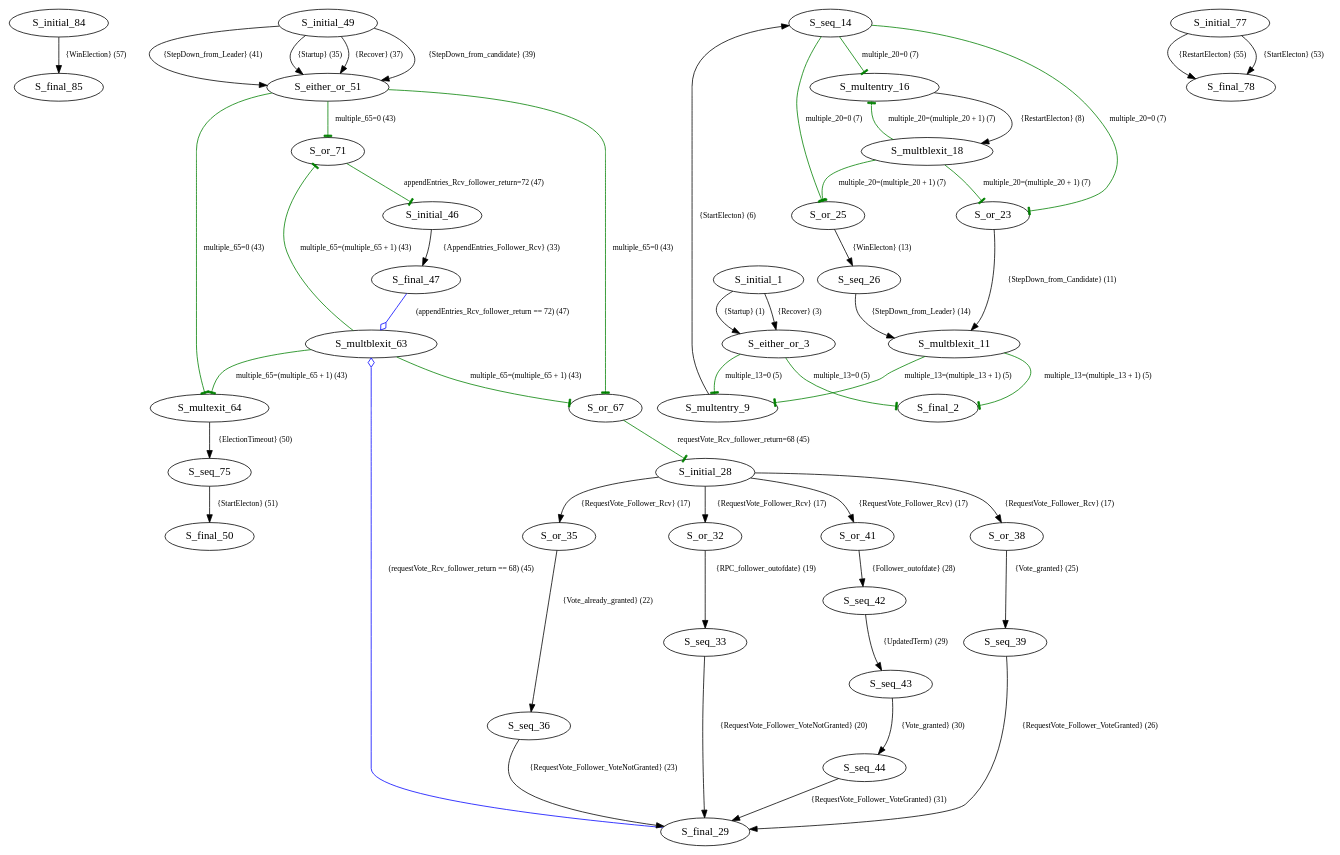
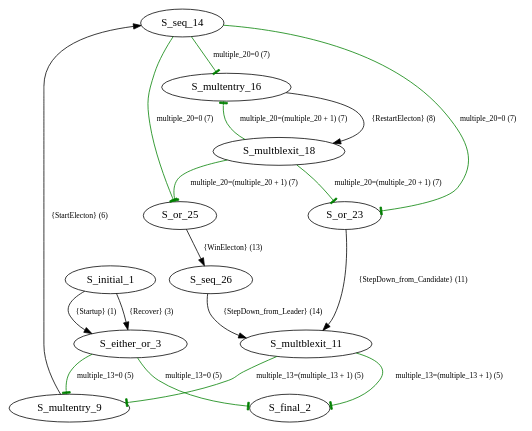
One commit to heidihoward/ocaml-raft changed the diagram in spl/raft2-all.dot. Above: the diagram before and after it, drawn with Graphviz. The commit also changed 8 other files, not shown here.

```diff
--- a/spl/raft2-all.dot
+++ b/spl/raft2-all.dot
@@ -1,69 +1,22 @@
 digraph FUNCTION {
-subgraph leader {
- "S_initial_84" -> "S_final_85" [label="{WinElection} (57)",fontsize=10,];
-
-}
-subgraph follower {
- "S_or_71" -> "S_initial_46" [label="appendEntries_Rcv_follower_return=72 (47)",fontsize=10,arrowhead="tee",color="green"];
- "S_multexit_64" -> "S_seq_75" [label="{ElectionTimeout} (50)",fontsize=10,];
- "S_initial_49" -> "S_either_or_51" [label="{StepDown_from_Leader} (41)",fontsize=10,];
- "S_initial_49" -> "S_either_or_51" [label="{Startup} (35)",fontsize=10,];
- "S_initial_49" -> "S_either_or_51" [label="{Recover} (37)",fontsize=10,];
- "S_initial_49" -> "S_either_or_51" [label="{StepDown_from_candidate} (39)",fontsize=10,];
- "S_either_or_51" -> "S_multexit_64" [label="multiple_65=0 (43)",fontsize=10,arrowhead="tee",color="green"];
- "S_either_or_51" -> "S_or_71" [label="multiple_65=0 (43)",fontsize=10,arrowhead="tee",color="green"];
- "S_either_or_51" -> "S_or_67" [label="multiple_65=0 (43)",fontsize=10,arrowhead="tee",color="green"];
- "S_seq_75" -> "S_final_50" [label="{StartElecton} (51)",fontsize=10,];
-
- "S_or_67" -> "S_initial_28" [label="requestVote_Rcv_follower_return=68 (45)",fontsize=10,arrowhead="tee",color="green"];
- "S_multblexit_63" -> "S_multexit_64" [label="multiple_65=(multiple_65 + 1) (43)",fontsize=10,arrowhead="tee",color="green"];
- "S_multblexit_63" -> "S_or_71" [label="multiple_65=(multiple_65 + 1) (43)",fontsize=10,arrowhead="tee",color="green"];
- "S_multblexit_63" -> "S_or_67" [label="multiple_65=(multiple_65 + 1) (43)",fontsize=10,arrowhead="tee",color="green"];
-}
-subgraph requestVote_Rcv_follower {
- "S_seq_44" -> "S_final_29" [label="{RequestVote_Follower_VoteGranted} (31)",fontsize=10,];
- "S_seq_43" -> "S_seq_44" [label="{Vote_granted} (30)",fontsize=10,];
- "S_or_41" -> "S_seq_42" [label="{Follower_outofdate} (28)",fontsize=10,];
- "S_or_38" -> "S_seq_39" [label="{Vote_granted} (25)",fontsize=10,];
- "S_initial_28" -> "S_or_41" [label="{RequestVote_Follower_Rcv} (17)",fontsize=10,];
- "S_initial_28" -> "S_or_38" [label="{RequestVote_Follower_Rcv} (17)",fontsize=10,];
- "S_initial_28" -> "S_or_35" [label="{RequestVote_Follower_Rcv} (17)",fontsize=10,];
- "S_initial_28" -> "S_or_32" [label="{RequestVote_Follower_Rcv} (17)",fontsize=10,];
- "S_seq_36" -> "S_final_29" [label="{RequestVote_Follower_VoteNotGranted} (23)",fontsize=10,];
- "S_seq_33" -> "S_final_29" [label="{RequestVote_Follower_VoteNotGranted} (20)",fontsize=10,];
- "S_or_32" -> "S_seq_33" [label="{RPC_follower_outofdate} (19)",fontsize=10,];
- "S_final_29" -> "S_multblexit_63" [label="(requestVote_Rcv_follower_return == 68) (45)",fontsize=10,arrowhead="odiamond",color="blue"];
- "S_or_35" -> "S_seq_36" [label="{Vote_already_granted} (22)",fontsize=10,];
- "S_seq_39" -> "S_final_29" [label="{RequestVote_Follower_VoteGranted} (26)",fontsize=10,];
- "S_seq_42" -> "S_seq_43" [label="{UpdatedTerm} (29)",fontsize=10,];
-}
 subgraph raft_general {
  "S_seq_14" -> "S_multentry_16" [label="multiple_20=0 (7)",fontsize=10,arrowhead="tee",color="green"];
  "S_seq_14" -> "S_or_25" [label="multiple_20=0 (7)",fontsize=10,arrowhead="tee",color="green"];
  "S_seq_14" -> "S_or_23" [label="multiple_20=0 (7)",fontsize=10,arrowhead="tee",color="green"];
 
  "S_multentry_9" -> "S_seq_14" [label="{StartElecton} (6)",fontsize=10,];
  "S_seq_26" -> "S_multblexit_11" [label="{StepDown_from_Leader} (14)",fontsize=10,];
  "S_or_23" -> "S_multblexit_11" [label="{StepDown_from_Candidate} (11)",fontsize=10,];
  "S_multblexit_18" -> "S_multentry_16" [label="multiple_20=(multiple_20 + 1) (7)",fontsize=10,arrowhead="tee",color="green"];
  "S_multblexit_18" -> "S_or_25" [label="multiple_20=(multiple_20 + 1) (7)",fontsize=10,arrowhead="tee",color="green"];
  "S_multblexit_18" -> "S_or_23" [label="multiple_20=(multiple_20 + 1) (7)",fontsize=10,arrowhead="tee",color="green"];
  "S_multblexit_11" -> "S_multentry_9" [label="multiple_13=(multiple_13 + 1) (5)",fontsize=10,arrowhead="tee",color="green"];
  "S_multblexit_11" -> "S_final_2" [label="multiple_13=(multiple_13 + 1) (5)",fontsize=10,arrowhead="tee",color="green"];
  "S_either_or_3" -> "S_multentry_9" [label="multiple_13=0 (5)",fontsize=10,arrowhead="tee",color="green"];
  "S_either_or_3" -> "S_final_2" [label="multiple_13=0 (5)",fontsize=10,arrowhead="tee",color="green"];
  "S_or_25" -> "S_seq_26" [label="{WinElecton} (13)",fontsize=10,];
  "S_multentry_16" -> "S_multblexit_18" [label="{RestartElecton} (8)",fontsize=10,];
  "S_initial_1" -> "S_either_or_3" [label="{Startup} (1)",fontsize=10,];
  "S_initial_1" -> "S_either_or_3" [label="{Recover} (3)",fontsize=10,];
 }
-subgraph appendEntries_Rcv_follower {
- "S_final_47" -> "S_multblexit_63" [label="(appendEntries_Rcv_follower_return == 72) (47)",fontsize=10,arrowhead="odiamond",color="blue"];
- "S_initial_46" -> "S_final_47" [label="{AppendEntries_Follower_Rcv} (33)",fontsize=10,];
 }
-subgraph candidate {
-
- "S_initial_77" -> "S_final_78" [label="{RestartElecton} (55)",fontsize=10,];
- "S_initial_77" -> "S_final_78" [label="{StartElecton} (53)",fontsize=10,];
-}
-}
```
